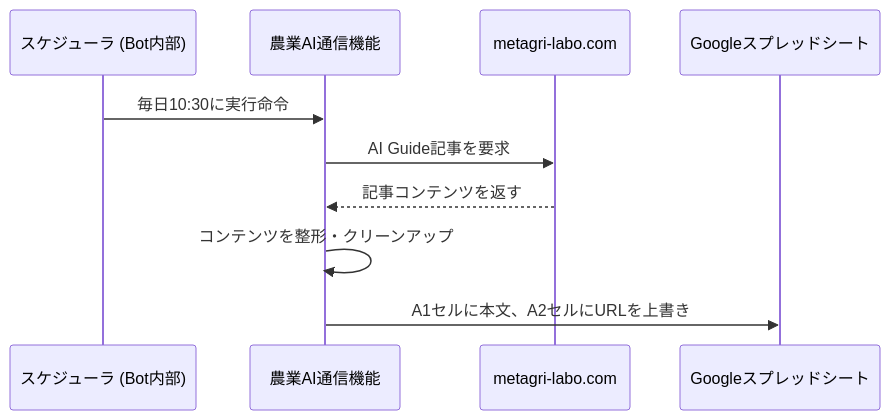
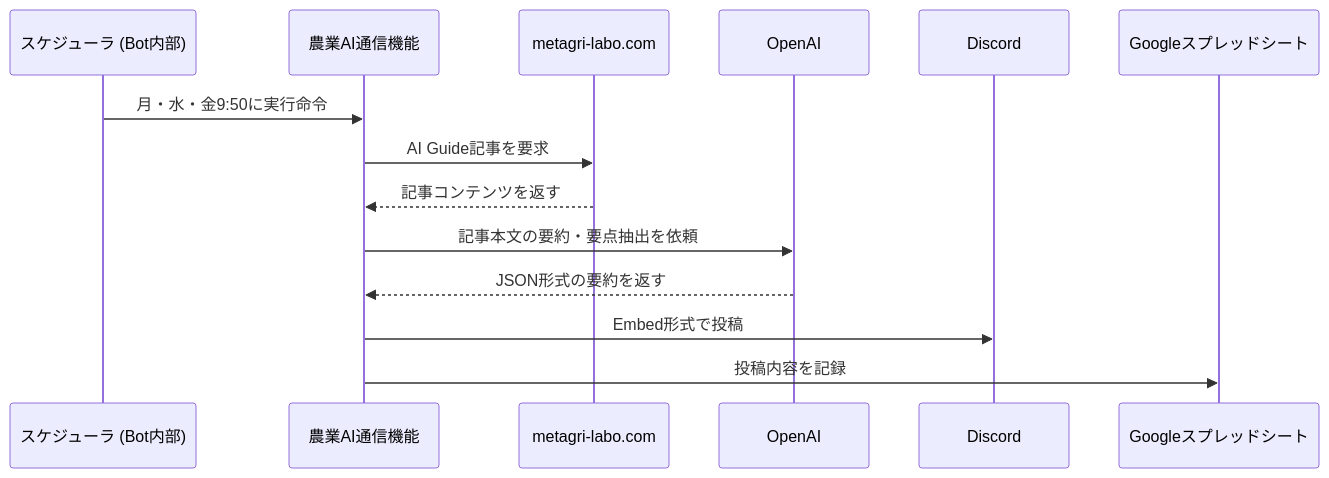
Before and after one commit to Metagri-Bot/daily-news-bot: the sixth of 9 diagrams in README.md, drawn with Mermaid. The commit also changed other lines of this file and 15 other files, not shown here.

````diff
--- a/README.md
+++ b/README.md
@@ -169,13 +169,17 @@
 ```mermaid
 sequenceDiagram
     participant Scheduler as スケジューラ (Bot内部)
     participant AIGuideTask as 農業AI通信機能
     participant MetagriSite as metagri-labo.com
+    participant OpenAI
+    participant Discord
     participant GoogleSheets as Googleスプレッドシート
 
-    Scheduler->>AIGuideTask: 毎日10:30に実行命令
+    Scheduler->>AIGuideTask: 月・水・金9:50に実行命令
     AIGuideTask->>MetagriSite: AI Guide記事を要求
     MetagriSite-->>AIGuideTask: 記事コンテンツを返す
-    AIGuideTask->>AIGuideTask: コンテンツを整形・クリーンアップ
-    AIGuideTask->>GoogleSheets: A1セルに本文、A2セルにURLを上書き
+    AIGuideTask->>OpenAI: 記事本文の要約・要点抽出を依頼
+    OpenAI-->>AIGuideTask: JSON形式の要約を返す
+    AIGuideTask->>Discord: Embed形式で投稿
+    AIGuideTask->>GoogleSheets: 投稿内容を記録
 ```
````
